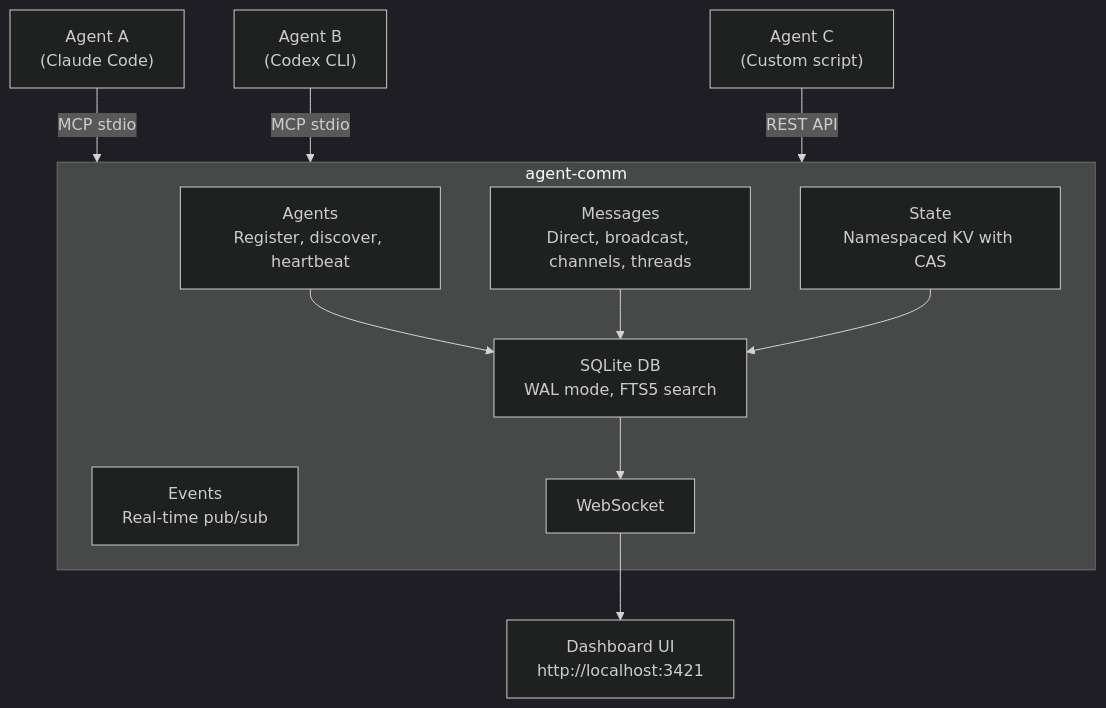
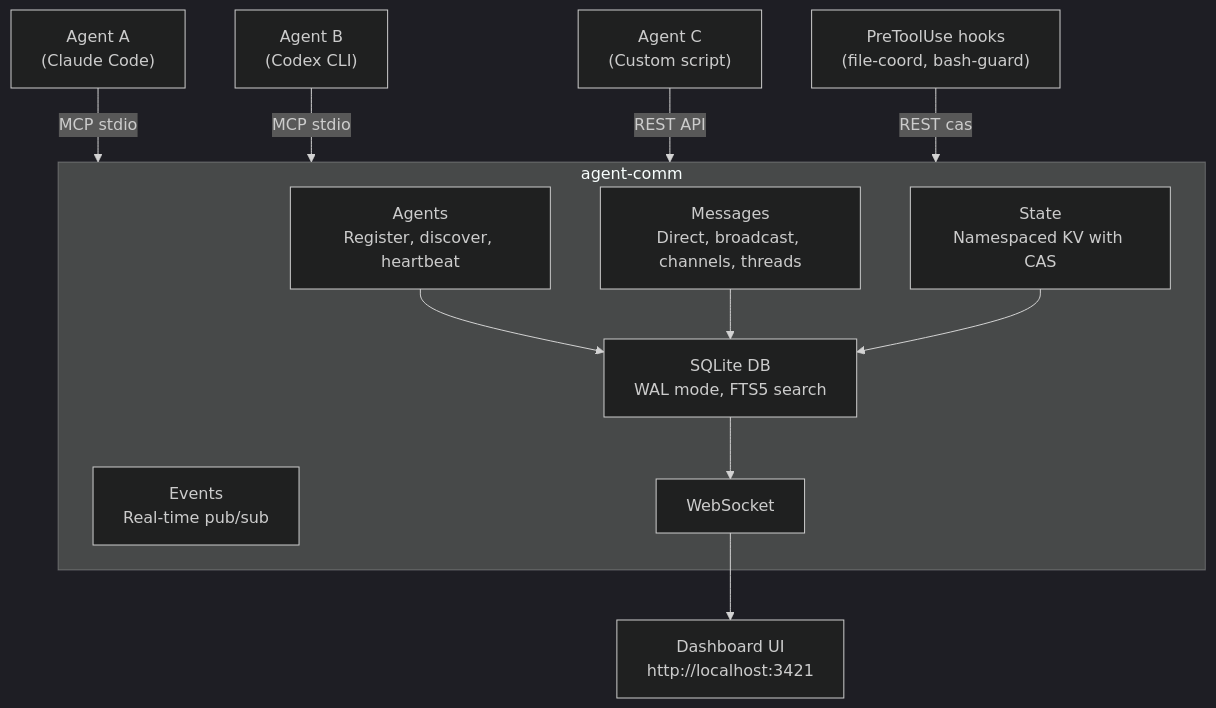
Before and after one commit to keshrath/agent-comm: the first of 3 diagrams in README.md, drawn with Mermaid (dark theme). The commit also changed other lines of this file, not shown here.

First line of the commit message:
v1.3.4 README: lead with multi-term-commit headline, split fits-together diagram into its own block

````diff
--- a/README.md
+++ b/README.md
@@ -56,19 +62,20 @@
 ```mermaid
 graph TD
     A["Agent A<br/>(Claude Code)"] -->|MCP stdio| COMM
     B["Agent B<br/>(Codex CLI)"] -->|MCP stdio| COMM
     C["Agent C<br/>(Custom script)"] -->|REST API| COMM
+    HK["PreToolUse hooks<br/>(file-coord, bash-guard)"] -->|REST cas| COMM
 
     subgraph COMM["agent-comm"]
         D["Agents<br/>Register, discover, heartbeat"]
         E["Messages<br/>Direct, broadcast, channels, threads"]
         F["State<br/>Namespaced KV with CAS"]
         G["Events<br/>Real-time pub/sub"]
         D --> DB["SQLite DB<br/>WAL mode, FTS5 search"]
         E --> DB
         F --> DB
         DB --> WS["WebSocket"]
     end
 
     WS --> UI["Dashboard UI<br/>http://localhost:3421"]
 ```
````
